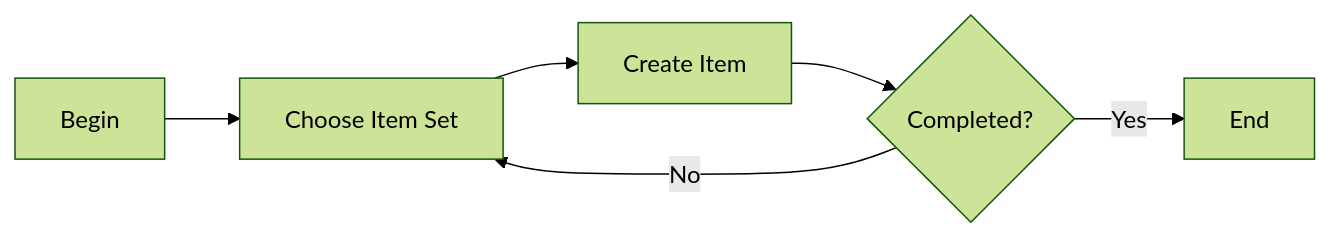
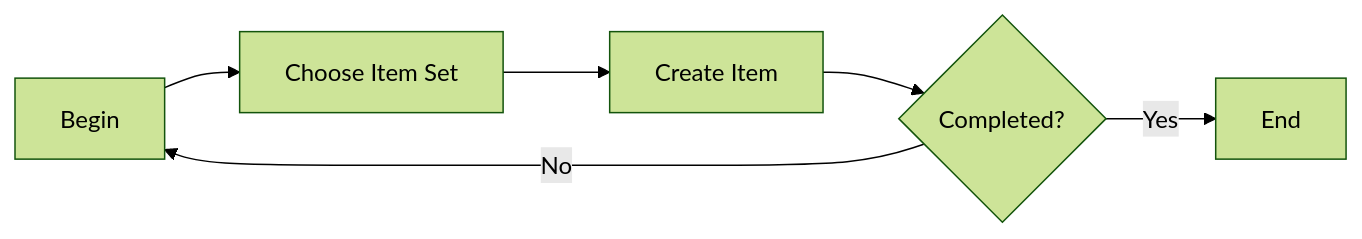
Before and after one commit to codersyacht/maximo-knowledge-center: the diagram in maximo/inventory/item-master/items.md, drawn with Mermaid (forest theme).

Commit message:
items.md

````diff
--- a/maximo/inventory/item-master/items.md
+++ b/maximo/inventory/item-master/items.md
@@ -4,8 +4,8 @@
 ```mermaid
 graph LR
 A[Begin]-->B[Choose Item Set]
 B-->C[Create Item]
 C-->D{Completed?}
 D--> |Yes| E[End]
-D--> |No| B  
+D--> |No| A 
 ```
````
